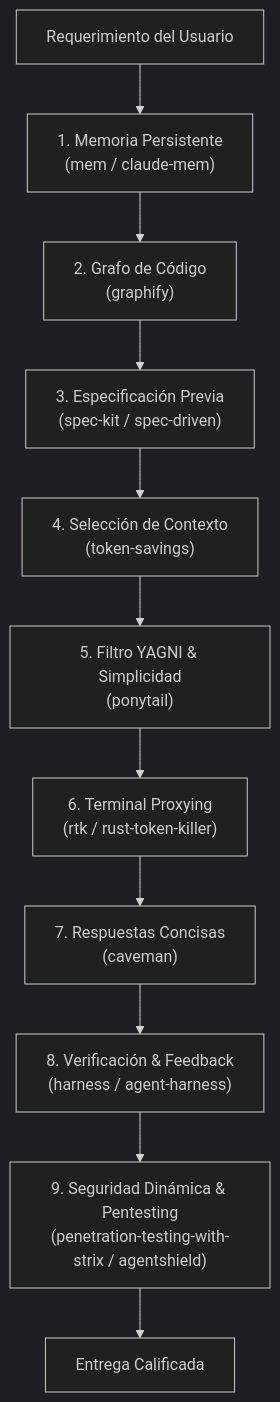
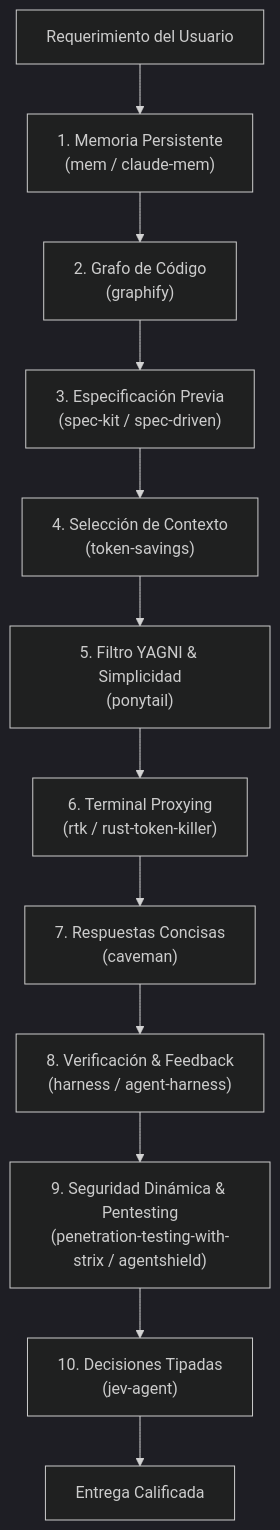
Before and after one commit to camilolealdev/superduperskills: the diagram in docs/CORE-EXECUTION-SUITE.md, drawn with Mermaid (dark theme). The commit also changed other lines of this file and 2 other files, not shown here.

First line of the commit message:
docs(core): document jev-agent as core skill 20 (docs only, not vendored yet)

````diff
--- a/docs/CORE-EXECUTION-SUITE.md
+++ b/docs/CORE-EXECUTION-SUITE.md
@@ -17,13 +17,14 @@
 ```mermaid
 flowchart TD
     Start["Requerimiento del Usuario"] --> Mem["1. Memoria Persistente<br>(mem / claude-mem)"]
     Mem --> Graphify["2. Grafo de Código<br>(graphify)"]
     Graphify --> SpecKit["3. Especificación Previa<br>(spec-kit / spec-driven)"]
     SpecKit --> TokenSav["4. Selección de Contexto<br>(token-savings)"]
     TokenSav --> Ponytail["5. Filtro YAGNI & Simplicidad<br>(ponytail)"]
     Ponytail --> RTK["6. Terminal Proxying<br>(rtk / rust-token-killer)"]
     RTK --> Caveman["7. Respuestas Concisas<br>(caveman)"]
     Caveman --> Harness["8. Verificación & Feedback<br>(harness / agent-harness)"]
     Harness --> Security["9. Seguridad Dinámica & Pentesting<br>(penetration-testing-with-strix / agentshield)"]
-    Security --> Done["Entrega Calificada"]
+    Security --> Jev["10. Decisiones Tipadas<br>(jev-agent)"]
+    Jev --> Done["Entrega Calificada"]
 ```
````
